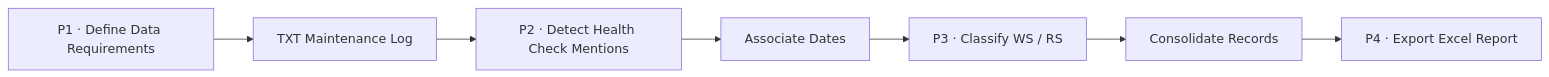
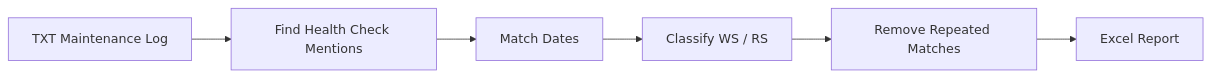
Before and after one commit to ChengYuChing/ASML-Equipment-Maintenance-Data-Automation: the diagram in README.md, drawn with Mermaid. The commit also changed other lines of this file, not shown here.

````diff
--- a/README.md
+++ b/README.md
@@ -22,9 +22,8 @@
 ```mermaid
 flowchart LR
-    A["P1 · Define Data Requirements"] --> B["TXT Maintenance Log"]
-    B --> C["P2 · Detect Health Check Mentions"]
-    C --> D["Associate Dates"]
-    D --> E["P3 · Classify WS / RS"]
-    E --> F["Consolidate Records"]
-    F --> G["P4 · Export Excel Report"]
+    A["TXT Maintenance Log"] --> B["Find Health Check Mentions"]
+    B --> C["Match Dates"]
+    C --> D["Classify WS / RS"]
+    D --> E["Remove Repeated Matches"]
+    E --> F["Excel Report"]
 ```
````
